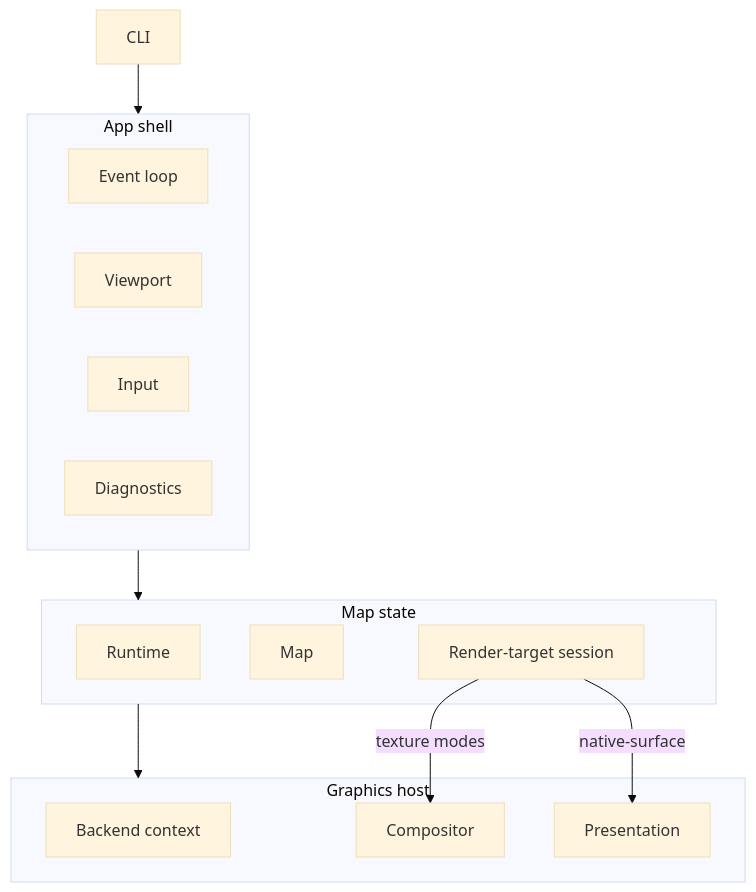
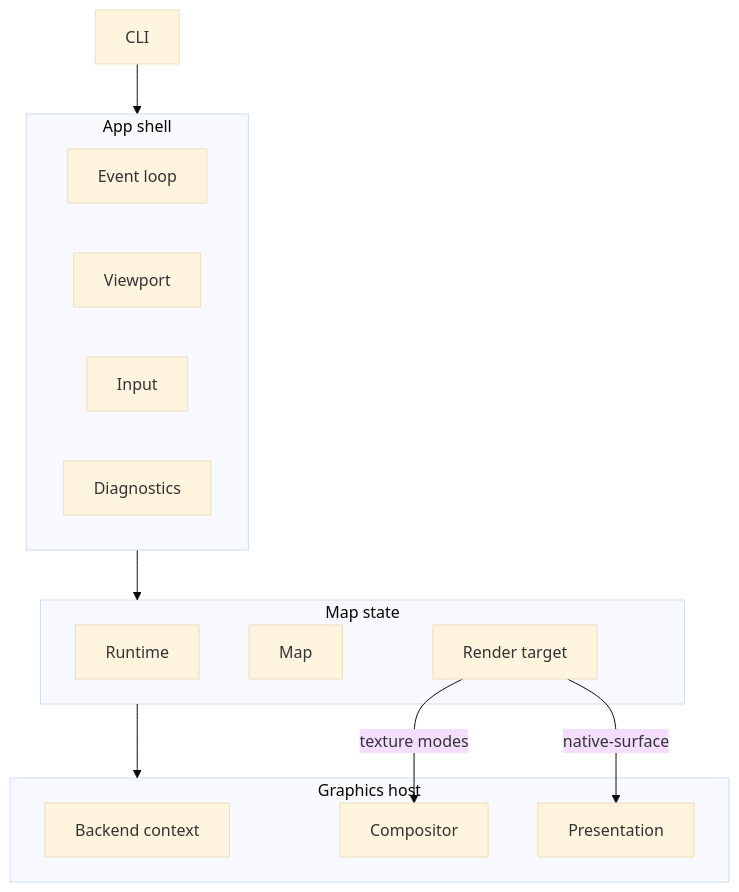
One commit to josxha/maplibre-native-ffi changed the first of 3 diagrams in docs/src/content/docs/development/specifications/map-example.md. Above: the diagram before and after it, drawn with Mermaid (base theme). The commit also changed other lines of this file and 61 other files, not shown here.

````diff
--- a/docs/src/content/docs/development/specifications/map-example.md
+++ b/docs/src/content/docs/development/specifications/map-example.md
@@ -128,24 +134,24 @@
 ```mermaid
 flowchart TB
   subgraph shell["App shell"]
     EL[Event loop]
     VP[Viewport]
     IN[Input]
     DG[Diagnostics]
   end
   subgraph mapstate["Map state"]
     RT[Runtime]
     MP[Map]
-    RS[Render-target session]
+    RS[Render target]
   end
   subgraph gfx["Graphics host"]
     BE[Backend context]
     CP[Compositor]
     SC[Presentation]
   end
   CLI --> shell
   shell --> mapstate
   mapstate --> gfx
   RS -->|texture modes| CP
   RS -->|native-surface| SC
 ```
````
